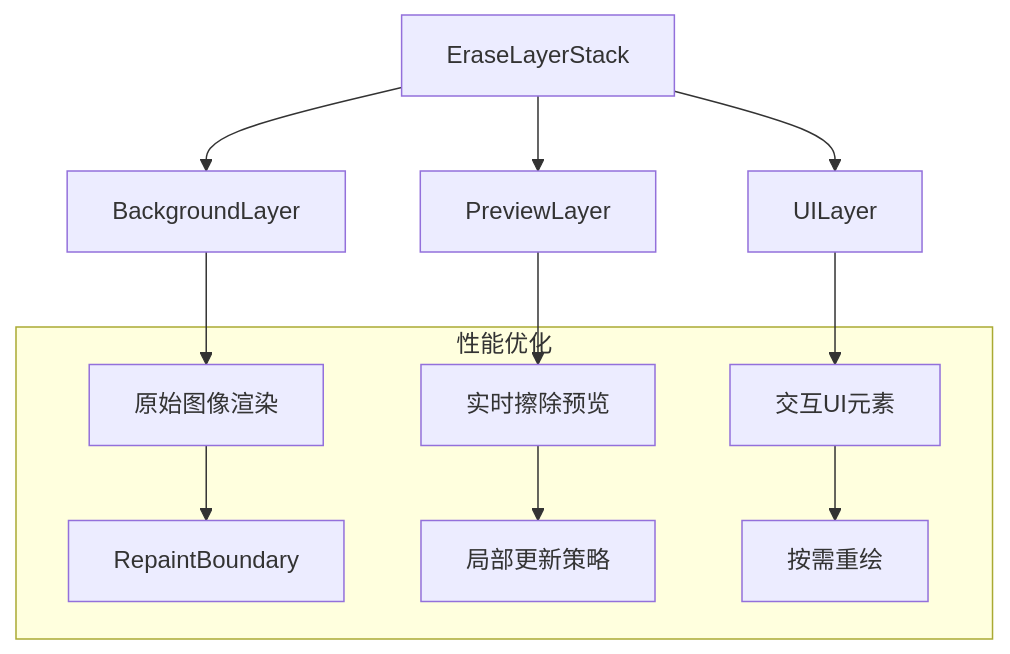
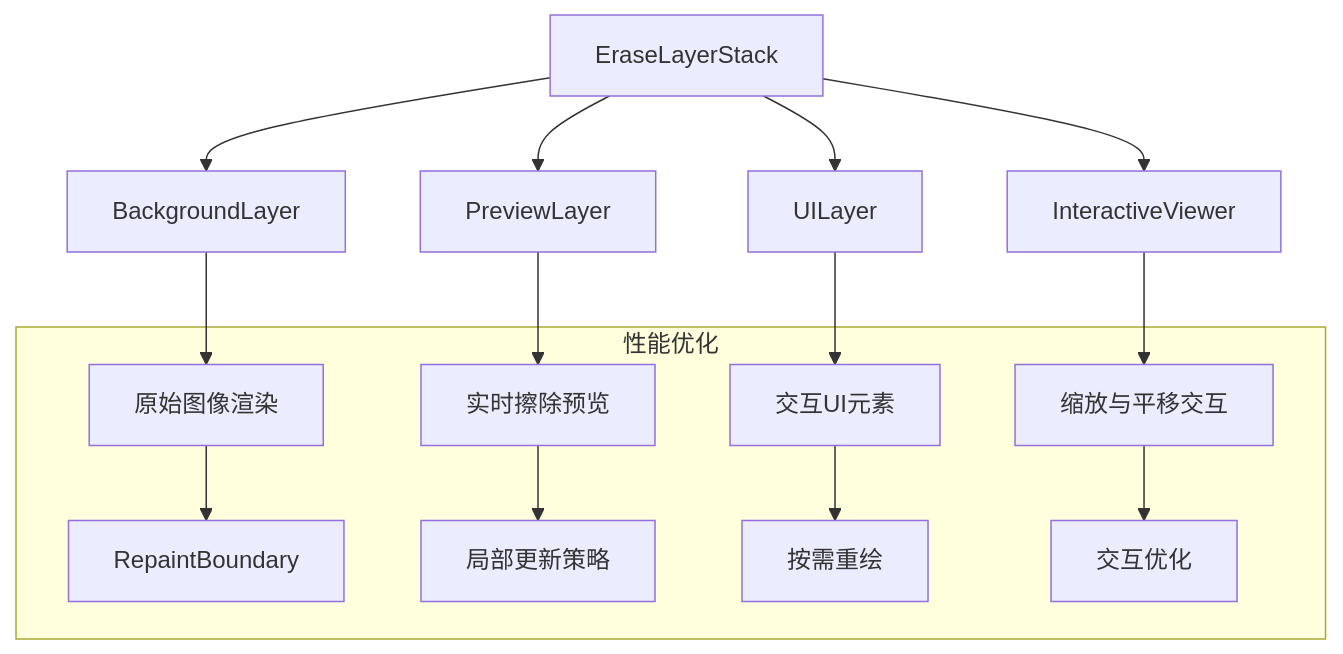
The second of 2 diagrams in docs/集字功能设计/CharacterEditPanel重构方案.md (5433210/FlutterDemo), drawn with Mermaid before and after one commit. The commit also changed other lines of this file and 28 other files, not shown here.

````diff
--- a/docs/集字功能设计/CharacterEditPanel重构方案.md
+++ b/docs/集字功能设计/CharacterEditPanel重构方案.md
@@ -39,16 +39,19 @@
 ```mermaid
 graph TB
     A[EraseLayerStack] --> B[BackgroundLayer]
     A --> C[PreviewLayer]
     A --> D[UILayer]
+    A --> E[InteractiveViewer]
     
     B --> B1[原始图像渲染]
     C --> C1[实时擦除预览]
     D --> D1[交互UI元素]
+    E --> E1[缩放与平移交互]
 
     subgraph 性能优化
         B1 --> BO[RepaintBoundary]
         C1 --> CO[局部更新策略]
         D1 --> DO[按需重绘]
+        E1 --> EO[交互优化]
     end
 ```
````
